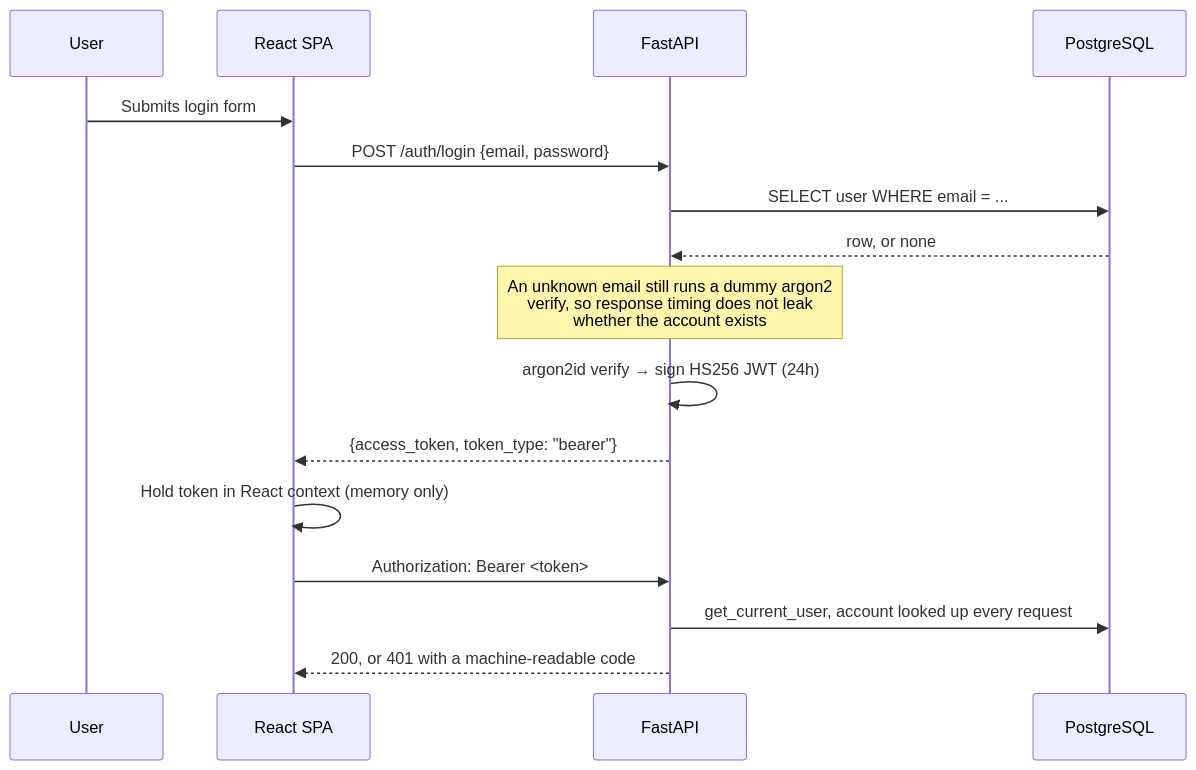
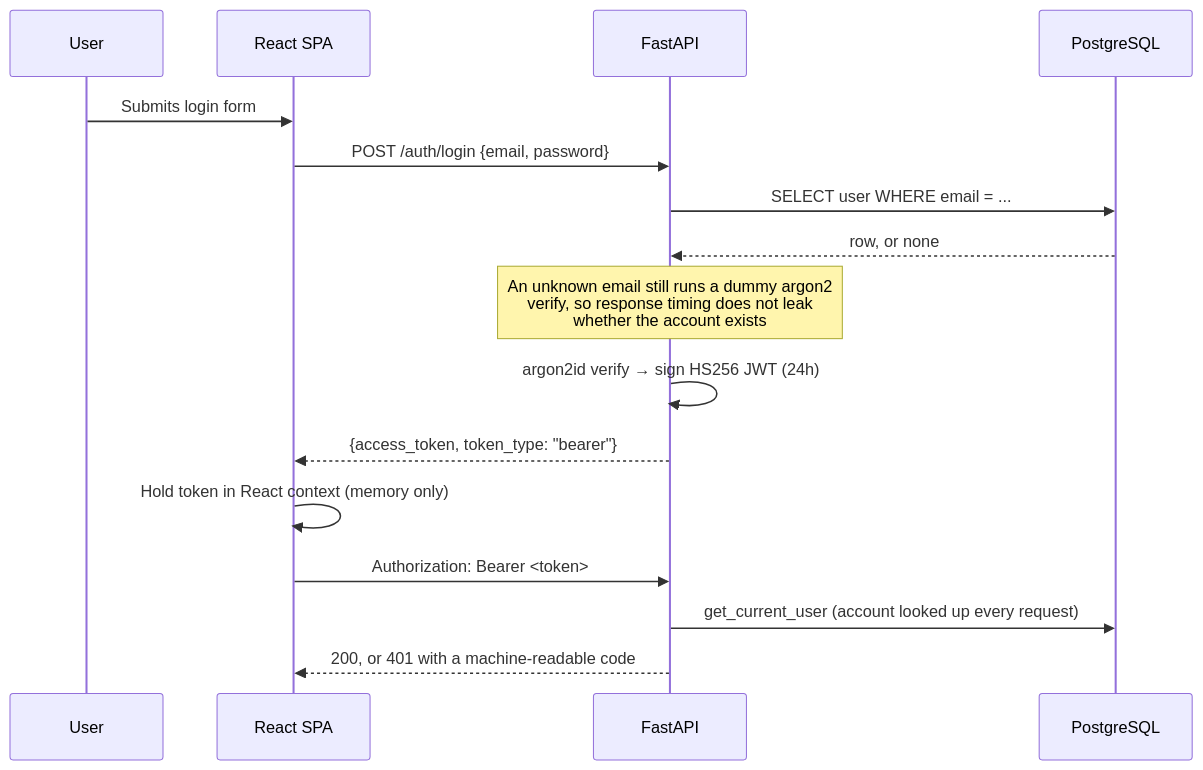
Before and after one commit to abirislam910/DataBull: the fourth of 4 diagrams in README.md, drawn with Mermaid. The commit also changed other lines of this file and 2 other files, not shown here.

````diff
--- a/README.md
+++ b/README.md
@@ -141,20 +149,20 @@
 ```mermaid
 sequenceDiagram
     participant U as User
     participant FE as React SPA
     participant API as FastAPI
     participant DB as PostgreSQL
 
     U->>FE: Submits login form
     FE->>API: POST /auth/login {email, password}
     API->>DB: SELECT user WHERE email = ...
     DB-->>API: row, or none
     Note over API: An unknown email still runs a dummy argon2<br/>verify, so response timing does not leak<br/>whether the account exists
     API->>API: argon2id verify → sign HS256 JWT (24h)
     API-->>FE: {access_token, token_type: "bearer"}
     FE->>FE: Hold token in React context (memory only)
 
     FE->>API: Authorization: Bearer <token>
-    API->>DB: get_current_user,  account looked up every request
+    API->>DB: get_current_user (account looked up every request)
     API-->>FE: 200, or 401 with a machine-readable code
 ```
````
